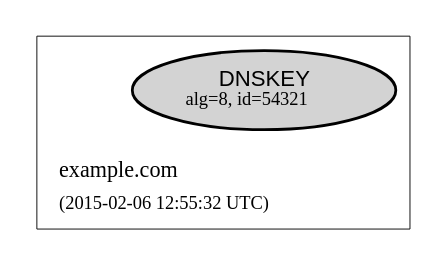
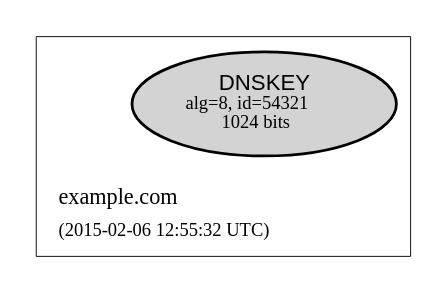
One commit to dnsviz/dnsviz changed the diagram in doc/src/dnskey-sep.dot. Above: the diagram before and after it, drawn with Graphviz. The commit also changed 27 other files, not shown here.

```diff
--- a/doc/src/dnskey-sep.dot
+++ b/doc/src/dnskey-sep.dot
@@ -1,22 +1,22 @@
 digraph {
   graph [compound=true, rankdir=BT, ranksep=0.3];
 	node [label="\N",
 		penwidth=1.5
 	];
 	edge [penwidth=1.5];
 
   subgraph "cluster_example.com" {
 		graph [label=<<TABLE BORDER="0"><TR><TD ALIGN="LEFT"><FONT POINT-SIZE="12">example.com</FONT></TD></TR><TR><TD ALIGN="LEFT"><FONT POINT-SIZE="10">(2015-02-06 12:55:32 UTC)</FONT></TD></TR></TABLE>>,
 				labeljust=l,
 				penwidth=0.5
 		];
 
 		"DNSKEY-0|example.com|8|54321"	 [color="#000000",
 			fillcolor="lightgray",
-			label=<<FONT POINT-SIZE="12" FACE="Helvetica">DNSKEY</FONT><BR/><FONT POINT-SIZE="10">alg=8, id=54321</FONT>>,
+			label=<<FONT POINT-SIZE="12" FACE="Helvetica">DNSKEY</FONT><BR/><FONT POINT-SIZE="10">alg=8, id=54321<BR/>1024 bits</FONT>>,
 			shape=ellipse,
 			style=filled];
 		"cluster_example.com_top" [shape=point, style=invis];
 		"cluster_example.com_bottom" [shape=point, style=invis];
   }
 }
```
